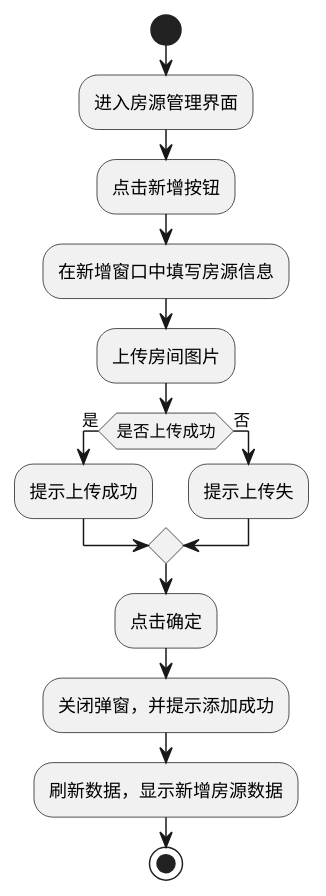
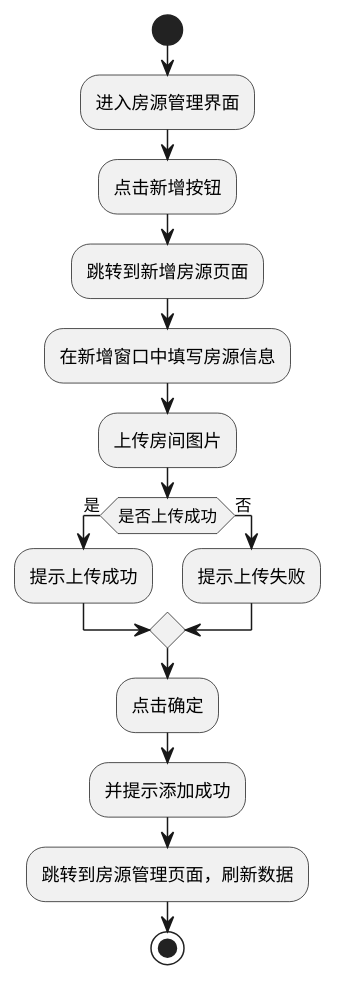
One commit to grimesapple/springGarden changed the diagram in resource/活动图/新增房源活动图.puml. Above: the diagram before and after it, drawn with PlantUML. The commit also changed 52 other files, not shown here.

```diff
--- a/resource/活动图/新增房源活动图.puml
+++ b/resource/活动图/新增房源活动图.puml
@@ -1,18 +1,19 @@
 @startuml
 'https://plantuml.com/activity-diagram-beta
 
 start
 :进入房源管理界面;
 :点击新增按钮;
+:跳转到新增房源页面;
 :在新增窗口中填写房源信息;
 :上传房间图片;
     if (是否上传成功) then (是)
        :提示上传成功;
        else (否)
-       :提示上传失;
+       :提示上传失败;
      endif
     :点击确定;
-    :关闭弹窗，并提示添加成功;
-    :刷新数据，显示新增房源数据;
+    :并提示添加成功;
+    :跳转到房源管理页面，刷新数据;
 stop
 @enduml
```
